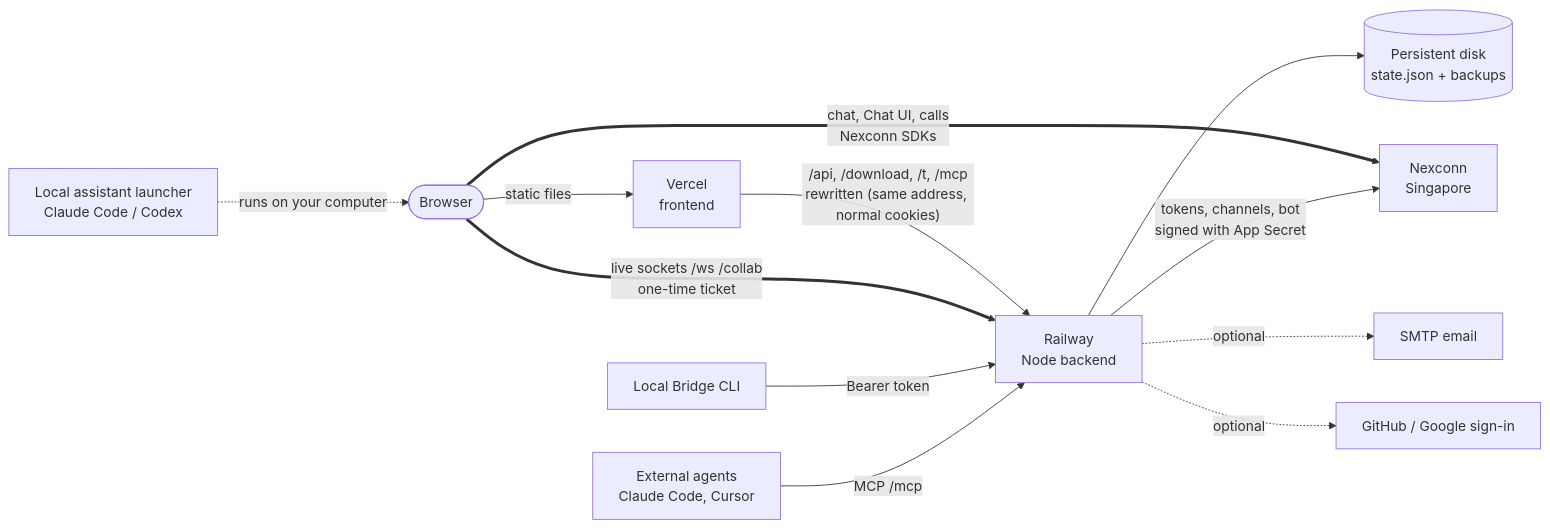
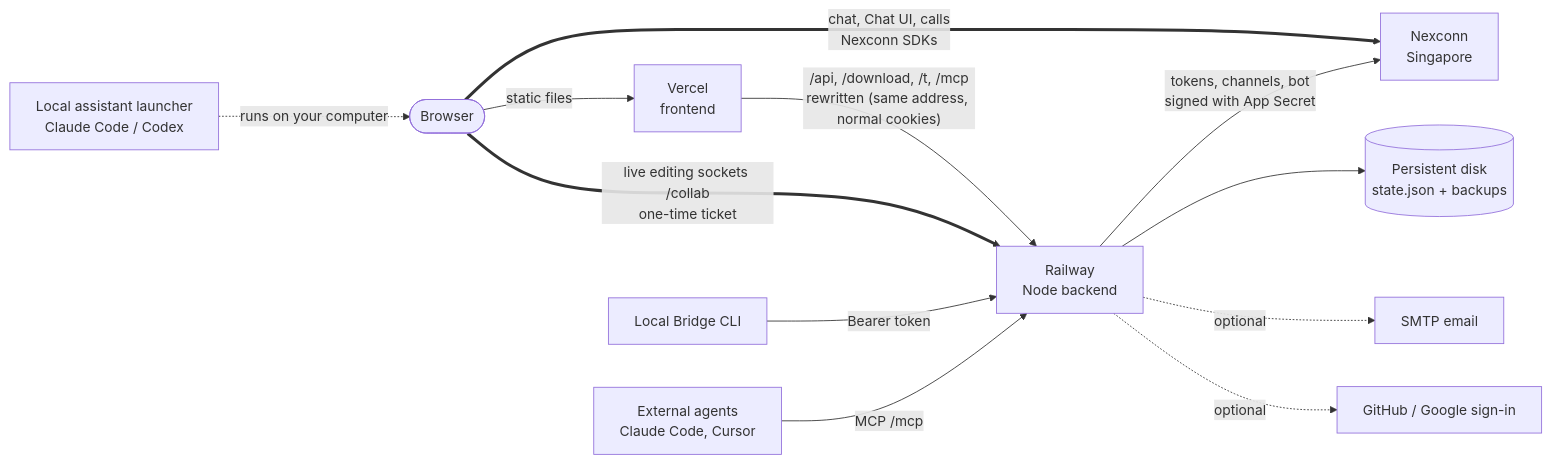
The third of 7 diagrams in README.md (Piyush5525/Hackconnect), drawn with Mermaid before and after one commit. The commit also changed other lines of this file and 20 other files, not shown here.

Commit message:
Lead the README with Nexconn, dark Nexconn Chat UI, live connection status and sign-in refresh

````diff
--- a/README.md
+++ b/README.md
@@ -103,14 +196,14 @@
 ```mermaid
 flowchart LR
-  U([Browser]) -->|static files| V[Vercel<br/>frontend]
-  V -->|"/api, /download, /t, /mcp<br/>rewritten (same address, normal cookies)"| R[Railway<br/>Node backend]
-  U ==>|"live sockets /ws /collab<br/>one-time ticket"| R
+  U([Browser]) ==>|"chat, Chat UI, calls<br/>Nexconn SDKs"| N[Nexconn<br/>Singapore]
+  R[Railway<br/>Node backend] -->|"tokens, channels, bot<br/>signed with App Secret"| N
+  U -->|static files| V[Vercel<br/>frontend]
+  V -->|"/api, /download, /t, /mcp<br/>rewritten (same address, normal cookies)"| R
+  U ==>|"live editing sockets /collab<br/>one-time ticket"| R
   R --> D[(Persistent disk<br/>state.json + backups)]
-  U ==>|"chat, Chat UI, calls<br/>Nexconn SDKs"| N[Nexconn<br/>Singapore]
-  R -->|"tokens, channels, bot<br/>signed with App Secret"| N
   R -.->|optional| M[SMTP email]
   R -.->|optional| O[GitHub / Google sign-in]
   L[Local assistant launcher<br/>Claude Code / Codex] -.->|"runs on your computer"| U
   B[Local Bridge CLI] -->|Bearer token| R
   X[External agents<br/>Claude Code, Cursor] -->|MCP /mcp| R
 ```
````
